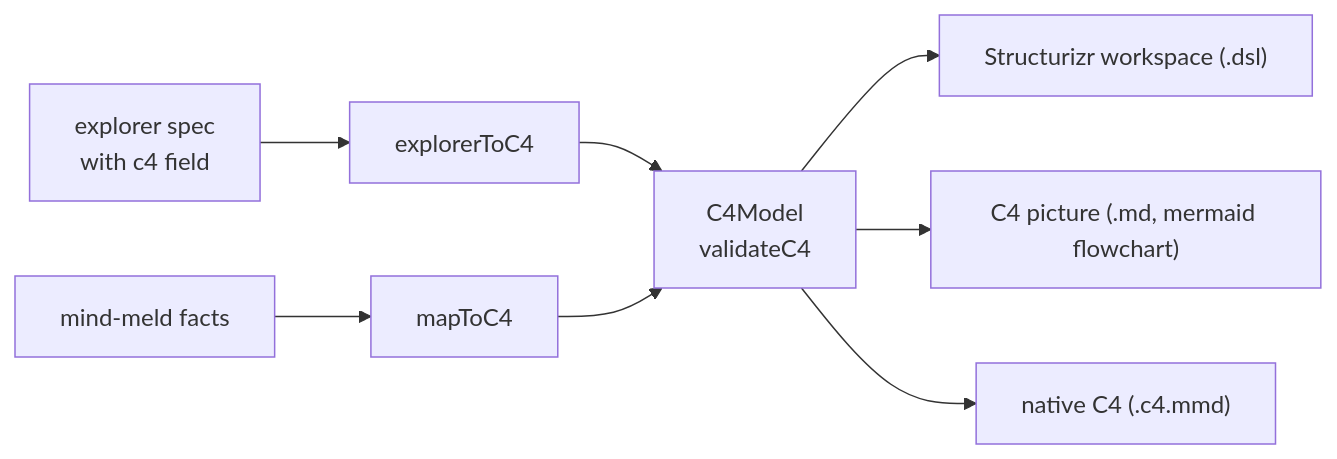
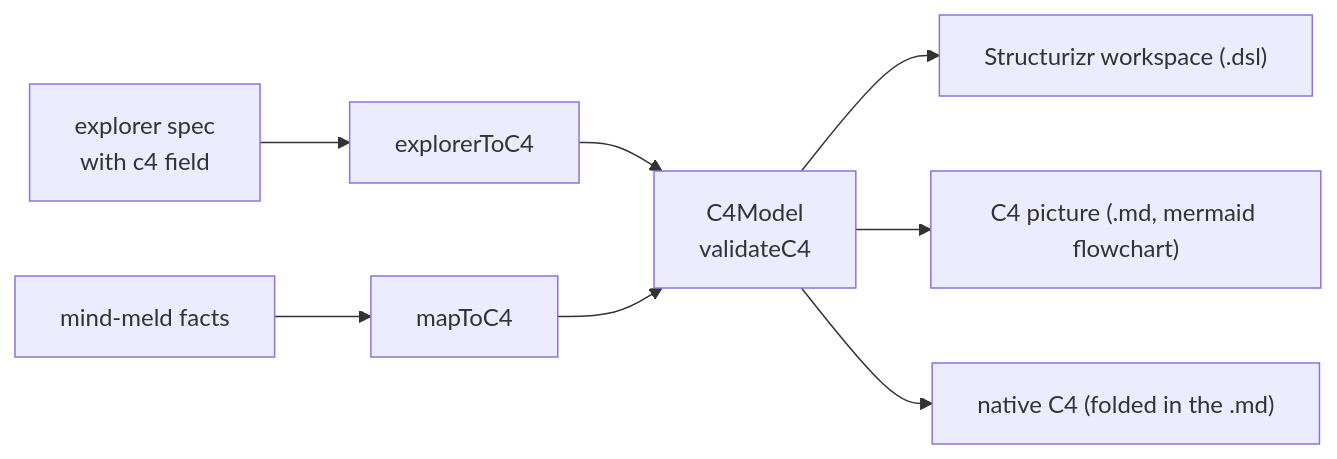
Before and after one commit to victusfate/scaffold: the diagram in docs/c4-structurizr/design.md, drawn with Mermaid. The commit also changed other lines of this file and 15 other files, not shown here.

````diff
--- a/docs/c4-structurizr/design.md
+++ b/docs/c4-structurizr/design.md
@@ -95,10 +96,10 @@
 ```mermaid
 flowchart LR
     spec["explorer spec<br/>with c4 field"] --> fromSpec["explorerToC4"]
     map["mind-meld facts"] --> fromMap["mapToC4"]
     fromSpec --> model["C4Model<br/>validateC4"]
     fromMap --> model
     model --> dsl["Structurizr workspace (.dsl)"]
     model --> picture["C4 picture (.md, mermaid flowchart)"]
-    model --> native["native C4 (.c4.mmd)"]
+    model --> native["native C4 (folded in the .md)"]
 ```
````
